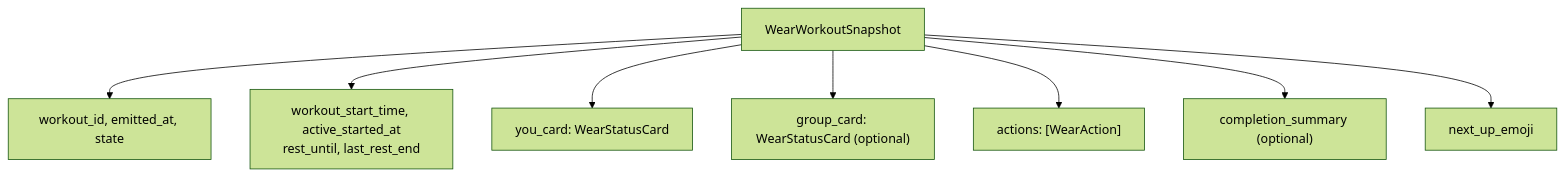
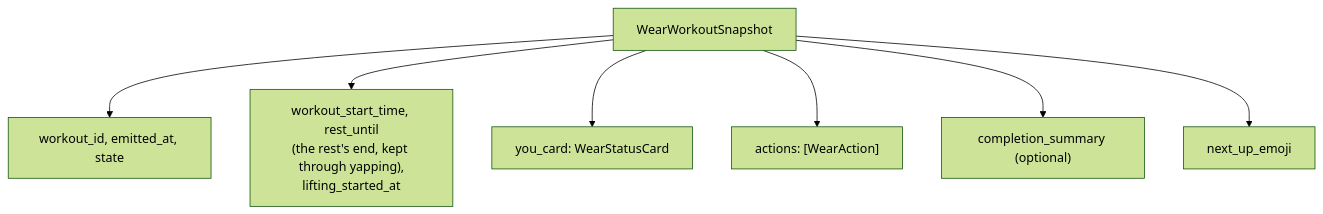
Before and after one commit to brensch/lift: the second of 4 diagrams in docs/architecture/wearable.md, drawn with Mermaid (forest theme). The commit also changed other lines of this file and 228 other files, not shown here.

First line of the commit message:
Set circles, lifting & yapping states, flat TE look (#71)

````diff
--- a/docs/architecture/wearable.md
+++ b/docs/architecture/wearable.md
@@ -58,11 +58,10 @@
 ```mermaid
 graph TD
     snap["WearWorkoutSnapshot"]
     snap --> ids["workout_id, emitted_at, state"]
-    snap --> times["workout_start_time, active_started_at<br/>rest_until, last_rest_end"]
+    snap --> times["workout_start_time, rest_until<br/>(the rest's end, kept through yapping),<br/>lifting_started_at"]
     snap --> you["you_card: WearStatusCard"]
-    snap --> group["group_card: WearStatusCard (optional)"]
     snap --> acts["actions: [WearAction]"]
     snap --> comp["completion_summary (optional)"]
     snap --> emoji["next_up_emoji"]
 ```
````
